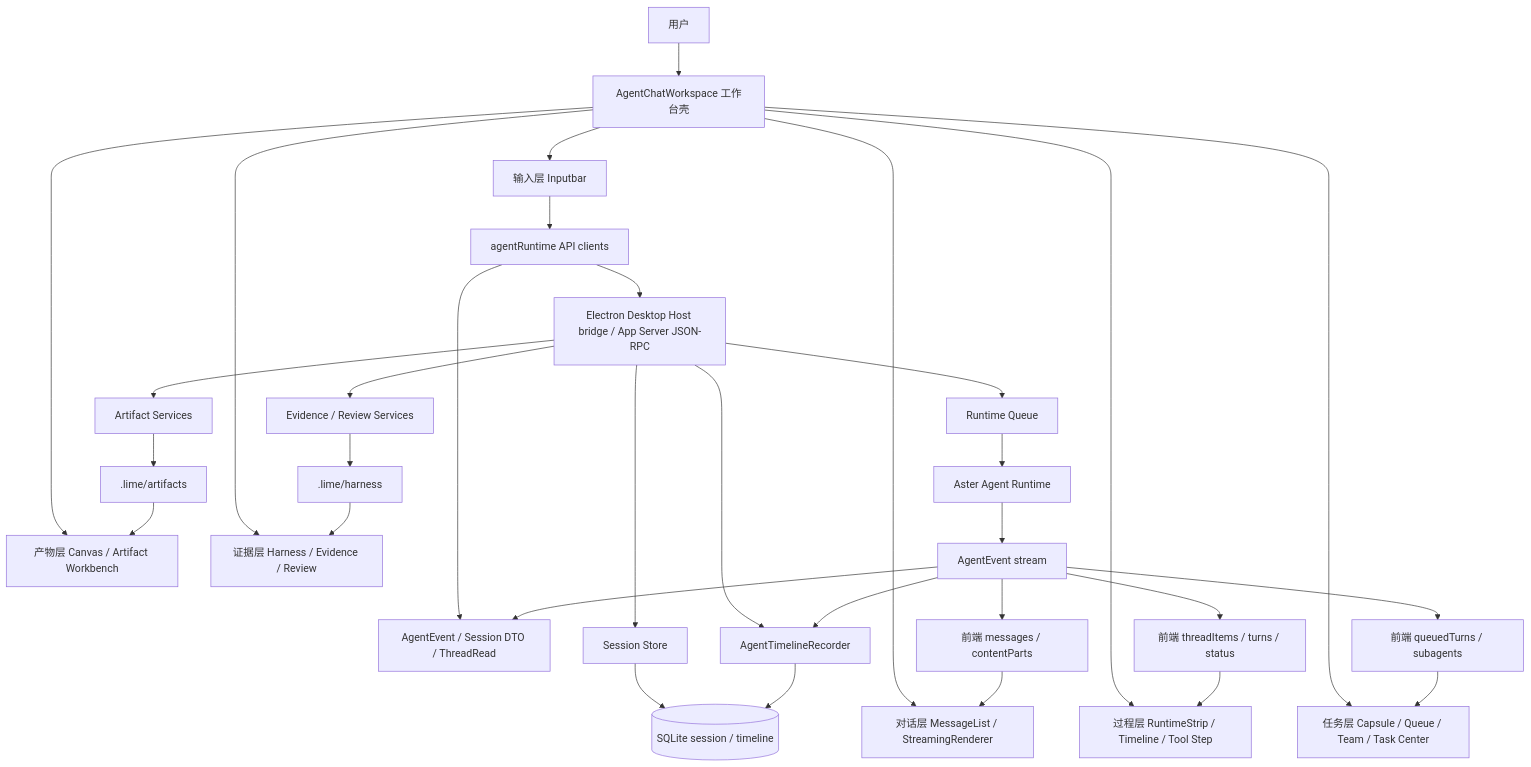
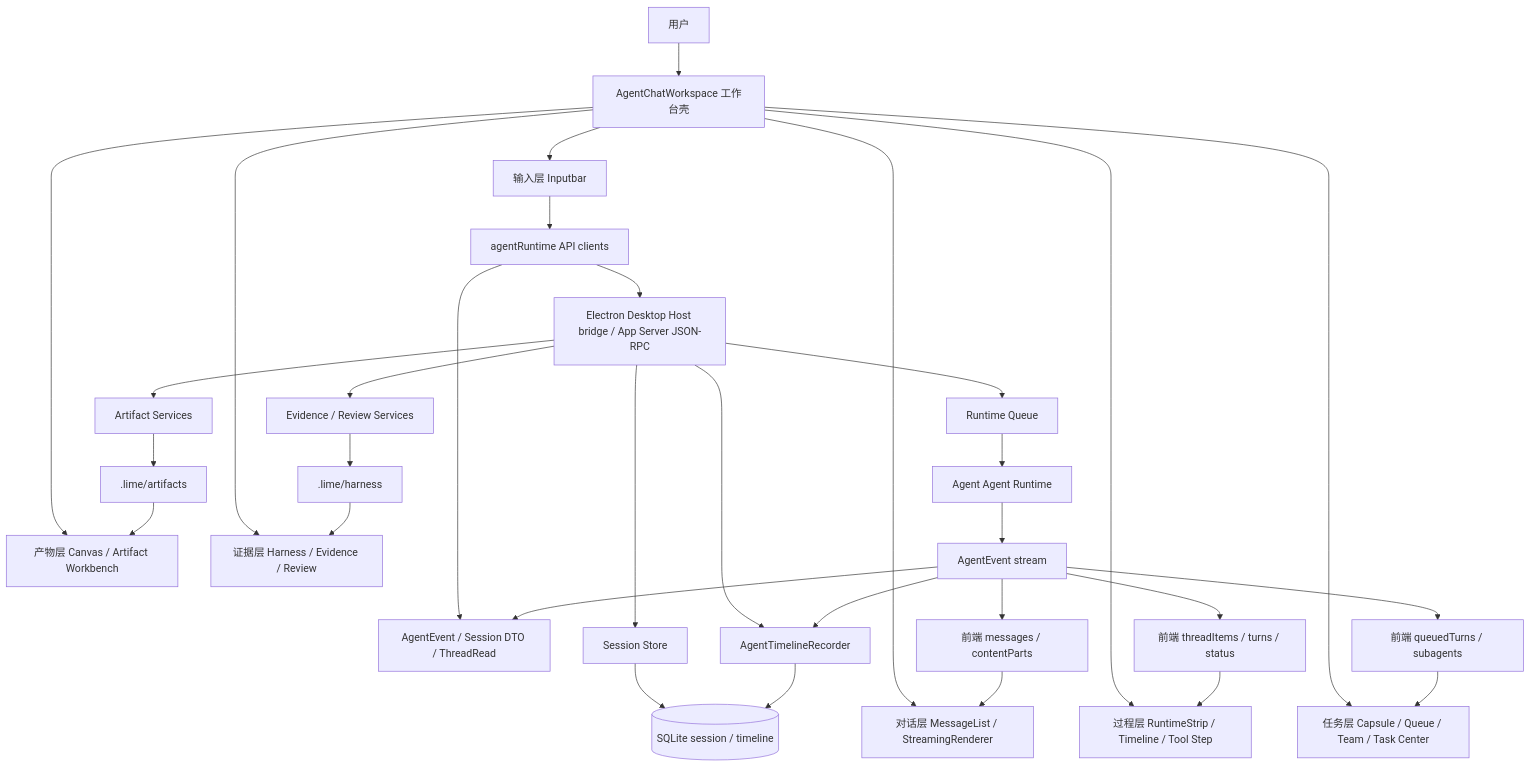
The diagram in internal/roadmap/agentui/lime-agentui-target-architecture.md (jiujuan/lime), drawn with Mermaid before and after one commit. The commit also changed 975 other files, not shown here.

````diff
--- a/internal/roadmap/agentui/lime-agentui-target-architecture.md
+++ b/internal/roadmap/agentui/lime-agentui-target-architecture.md
@@ -29,40 +29,40 @@
 ```mermaid
 flowchart TB
   User[用户] --> Shell[AgentChatWorkspace 工作台壳]
 
   Shell --> Composer[输入层 Inputbar]
   Shell --> Conversation[对话层 MessageList / StreamingRenderer]
   Shell --> Process[过程层 RuntimeStrip / Timeline / Tool Step]
   Shell --> Task[任务层 Capsule / Queue / Team / Task Center]
   Shell --> Artifact[产物层 Canvas / Artifact Workbench]
   Shell --> Evidence[证据层 Harness / Evidence / Review]
 
   Composer --> RuntimeApi[agentRuntime API clients]
   RuntimeApi --> Protocol[AgentEvent / Session DTO / ThreadRead]
   RuntimeApi --> CommandGateway[Electron Desktop Host bridge / App Server JSON-RPC]
 
   CommandGateway --> RuntimeQueue[Runtime Queue]
   CommandGateway --> SessionStore[Session Store]
   CommandGateway --> TimelineRecorder[AgentTimelineRecorder]
   CommandGateway --> ArtifactServices[Artifact Services]
   CommandGateway --> EvidenceServices[Evidence / Review Services]
 
-  RuntimeQueue --> Aster[Aster Agent Runtime]
-  Aster --> Events[AgentEvent stream]
+  RuntimeQueue --> Agent[Agent Agent Runtime]
+  Agent --> Events[AgentEvent stream]
   Events --> Protocol
   Events --> TimelineRecorder
   Events --> ConversationState[前端 messages / contentParts]
   Events --> ProcessState[前端 threadItems / turns / status]
   Events --> TaskState[前端 queuedTurns / subagents]
 
   SessionStore --> Db[(SQLite session / timeline)]
   TimelineRecorder --> Db
   ArtifactServices --> ArtifactFiles[.lime/artifacts]
   EvidenceServices --> HarnessFiles[.lime/harness]
 
   ConversationState --> Conversation
   ProcessState --> Process
   TaskState --> Task
   ArtifactFiles --> Artifact
   HarnessFiles --> Evidence
 ```
````
